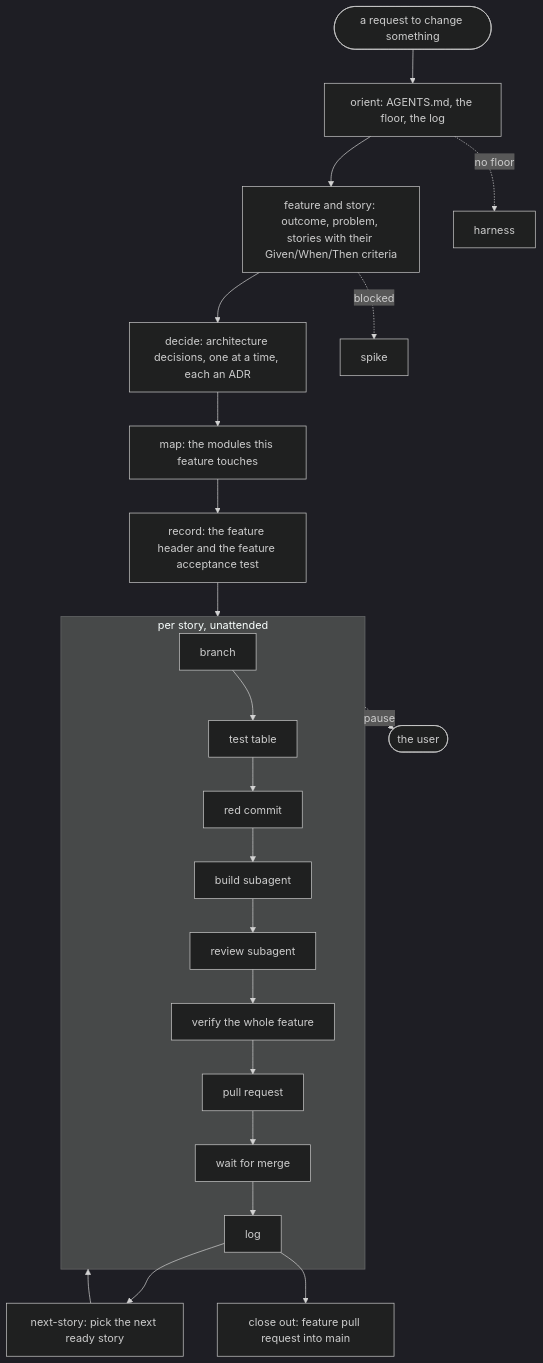
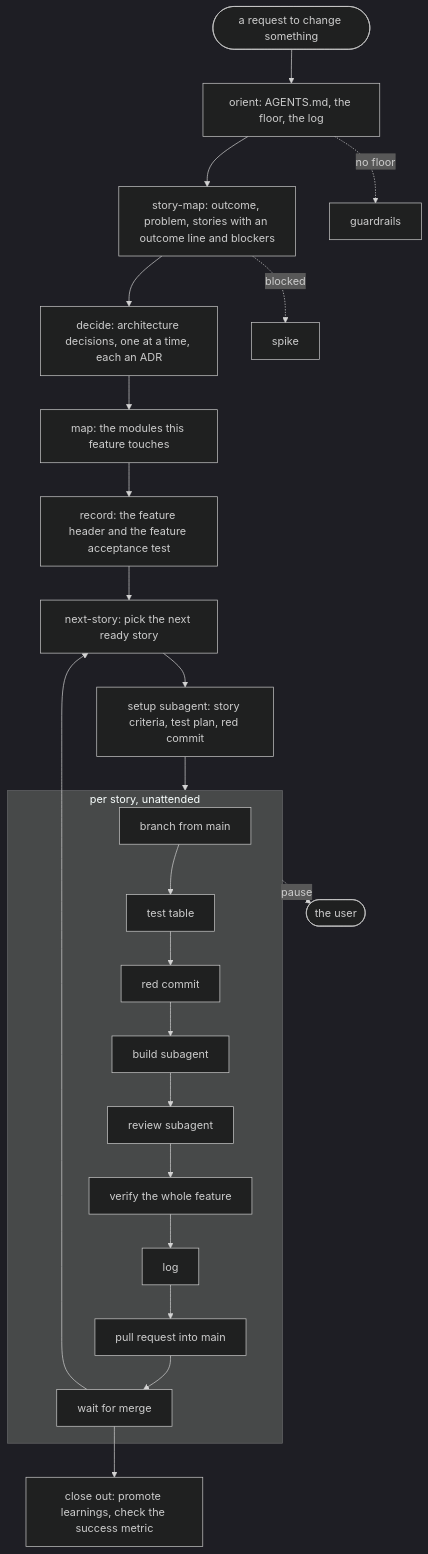
The diagram in plugins/SDLC/README.md (DaveBben/skills), drawn with Mermaid (dark theme) before and after one commit. The commit also changed other lines of this file and 29 other files, not shown here.

````diff
--- a/plugins/SDLC/README.md
+++ b/plugins/SDLC/README.md
@@ -46,21 +47,22 @@
 ```mermaid
 flowchart TD
     REQ([a request to change something]) --> OR[orient: AGENTS.md, the floor, the log]
-    OR --> FR[feature and story: outcome, problem, stories with their Given/When/Then criteria]
+    OR --> FR[story-map: outcome, problem, stories with an outcome line and blockers]
     FR --> DEC[decide: architecture decisions, one at a time, each an ADR]
     DEC --> MAP[map: the modules this feature touches]
     MAP --> REC[record: the feature header and the feature acceptance test]
-    REC --> SL
+    REC --> NX[next-story: pick the next ready story]
+    NX --> CR[setup subagent: story criteria, test plan, red commit]
+    CR --> SL
 
     subgraph SL [per story, unattended]
-      BR[branch] --> TT[test table] --> RED[red commit] --> BLD[build subagent] --> REV[review subagent] --> VER[verify the whole feature] --> PR[pull request] --> MRG[wait for merge] --> LOG[log]
+      BR[branch from main] --> TT[test table] --> RED[red commit] --> BLD[build subagent] --> REV[review subagent] --> VER[verify the whole feature] --> LOG[log] --> PR[pull request into main] --> MRG[wait for merge]
     end
 
-    LOG --> NX[next-story: pick the next ready story]
-    NX --> SL
-    LOG --> OUT[close out: feature pull request into main]
+    MRG --> NX
+    MRG --> OUT[close out: promote learnings, check the success metric]
 
     SL -. pause .-> USER([the user])
     FR -. blocked .-> SPIKE[spike]
-    OR -. no floor .-> HARN[harness]
+    OR -. no floor .-> HARN[guardrails]
 ```
````
